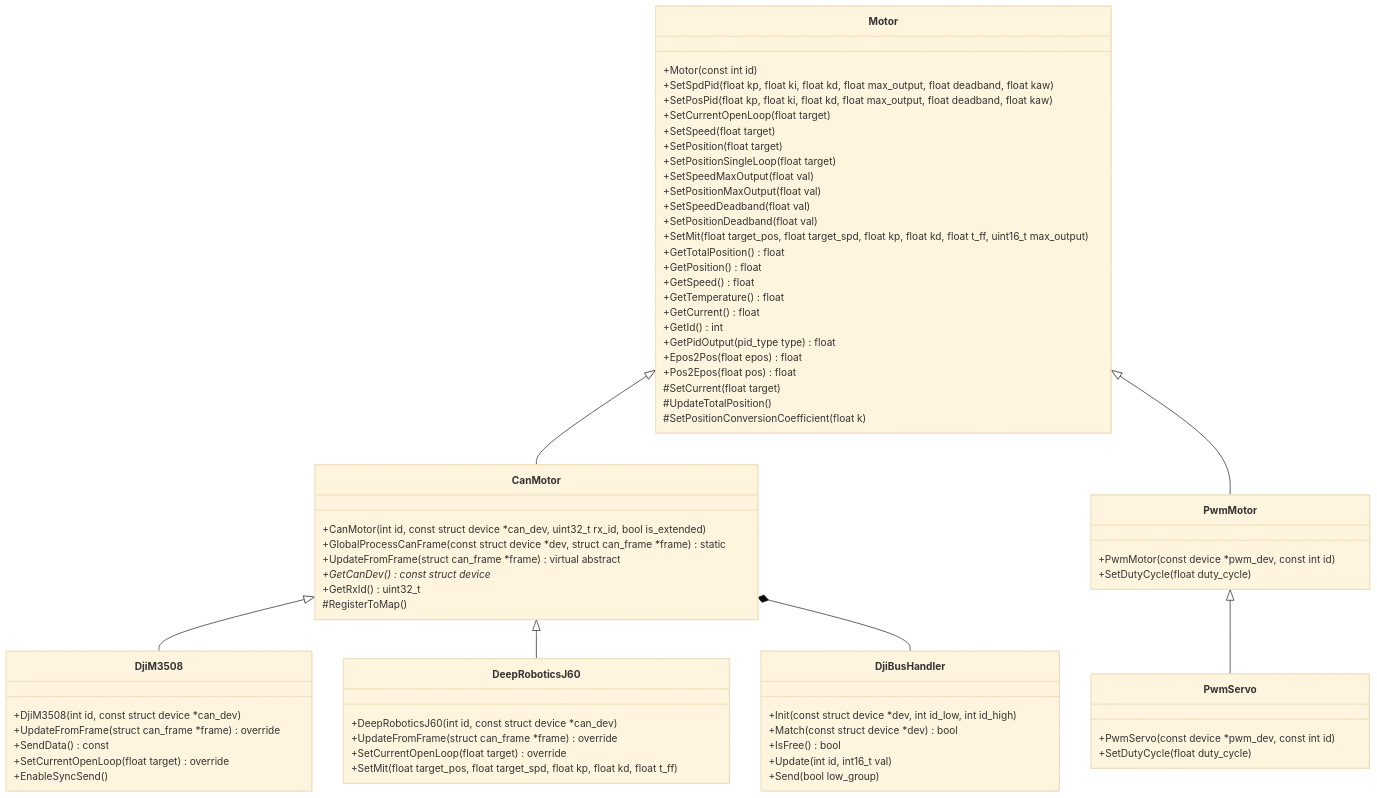
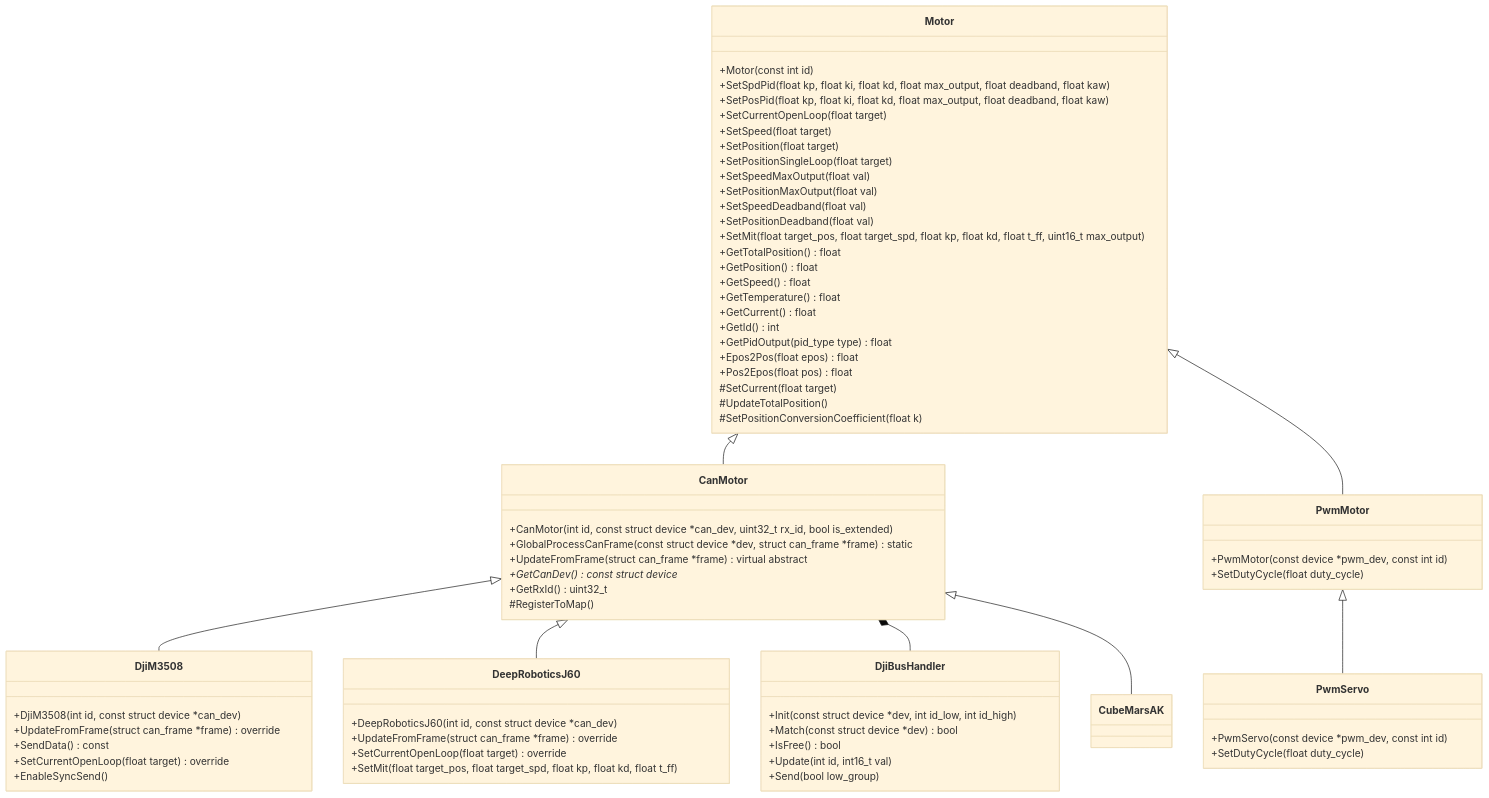
One commit to HFO4AR/mammoth changed the diagram in motorPack/motor.mermaid. Above: the diagram before and after it, drawn with Mermaid (base theme). The commit also changed 16 other files, not shown here.

```diff
--- a/motorPack/motor.mermaid
+++ b/motorPack/motor.mermaid
@@ -1,76 +1,77 @@
 classDiagram
     Motor <|-- CanMotor
     CanMotor <|-- DjiM3508
     CanMotor <|-- DeepRoboticsJ60
     Motor <|-- PwmMotor
     PwmMotor <|-- PwmServo
     CanMotor *-- DjiBusHandler
+    CanMotor <|-- CubeMarsAK
     
     class Motor {
         +Motor(const int id)
         +SetSpdPid(float kp, float ki, float kd, float max_output, float deadband, float kaw)
         +SetPosPid(float kp, float ki, float kd, float max_output, float deadband, float kaw)
         +SetCurrentOpenLoop(float target)
         +SetSpeed(float target)
         +SetPosition(float target)
         +SetPositionSingleLoop(float target)
         +SetSpeedMaxOutput(float val)
         +SetPositionMaxOutput(float val)
         +SetSpeedDeadband(float val)
         +SetPositionDeadband(float val)
         +SetMit(float target_pos, float target_spd, float kp, float kd, float t_ff, uint16_t max_output)
         +GetTotalPosition() float
         +GetPosition() float
         +GetSpeed() float
         +GetTemperature() float
         +GetCurrent() float
         +GetId() int
         +GetPidOutput(pid_type type) float
         +Epos2Pos(float epos) float
         +Pos2Epos(float pos) float
         #SetCurrent(float target)
         #UpdateTotalPosition()
         #SetPositionConversionCoefficient(float k)
     }
     
     class CanMotor {
         +CanMotor(int id, const struct device *can_dev, uint32_t rx_id, bool is_extended)
         +GlobalProcessCanFrame(const struct device *dev, struct can_frame *frame) static
         +UpdateFromFrame(struct can_frame *frame) virtual abstract
         +GetCanDev() const struct device*
         +GetRxId() uint32_t
         #RegisterToMap()
     }
     
     class DjiM3508 {
         +DjiM3508(int id, const struct device *can_dev)
         +UpdateFromFrame(struct can_frame *frame) override
         +SendData() const
         +SetCurrentOpenLoop(float target) override
         +EnableSyncSend()
     }
     
     class DeepRoboticsJ60 {
         +DeepRoboticsJ60(int id, const struct device *can_dev)
         +UpdateFromFrame(struct can_frame *frame) override
         +SetCurrentOpenLoop(float target) override
         +SetMit(float target_pos, float target_spd, float kp, float kd, float t_ff)
     }
     
     class PwmMotor {
         +PwmMotor(const device *pwm_dev, const int id)
         +SetDutyCycle(float duty_cycle)
     }
     
     class PwmServo {
         +PwmServo(const device *pwm_dev, const int id)
         +SetDutyCycle(float duty_cycle)
     }
     
     class DjiBusHandler {
         +Init(const struct device *dev, int id_low, int id_high)
         +Match(const struct device *dev) bool
         +IsFree() bool
         +Update(int id, int16_t val)
         +Send(bool low_group)
     }
```
